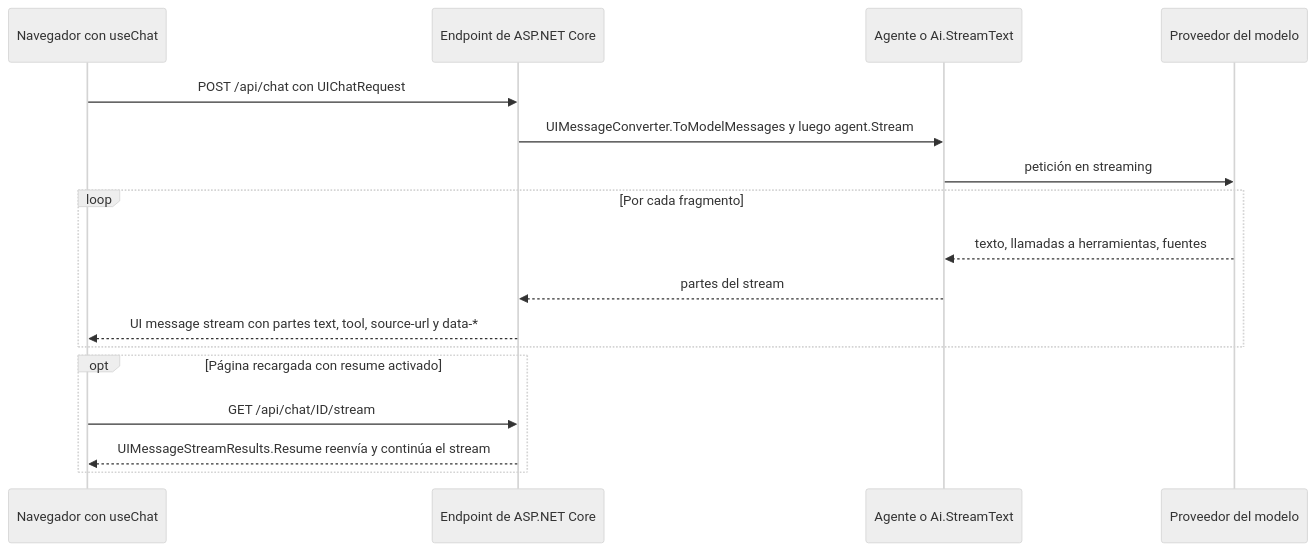
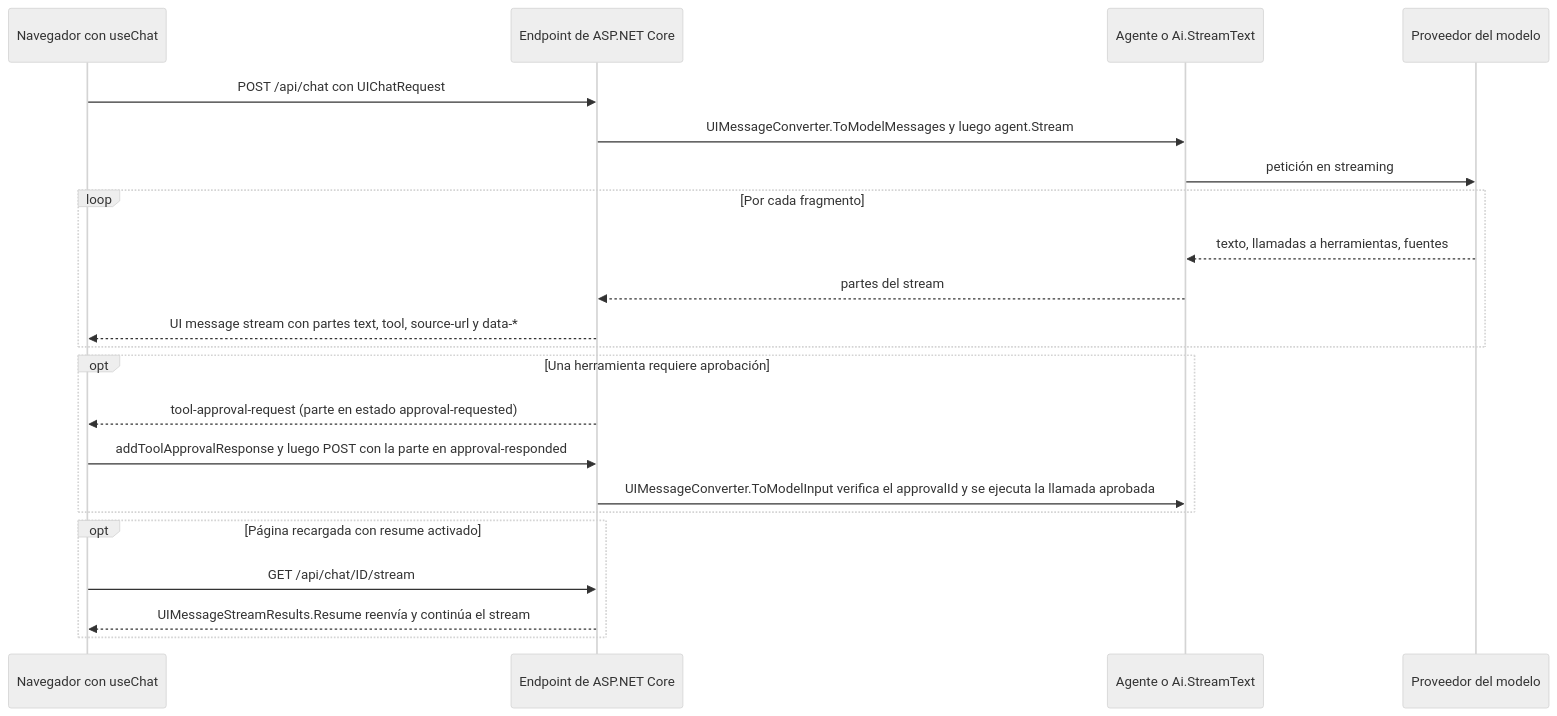
The diagram in docs/wiki/es-ASP.NET-Core-y-useChat.md (bluesmilecl/AiSdk.Net), drawn with Mermaid (neutral theme) before and after one commit. The commit also changed other lines of this file and 6 other files, not shown here.

First line of the commit message:
Docs: aprobación de herramientas con useChat (inglés y español) y CHANGELOG

````diff
--- a/docs/wiki/es-ASP.NET-Core-y-useChat.md
+++ b/docs/wiki/es-ASP.NET-Core-y-useChat.md
@@ -5,19 +5,24 @@
 ```mermaid
 sequenceDiagram
     participant UI as Navegador con useChat
     participant API as Endpoint de ASP.NET Core
     participant Agent as Agente o Ai.StreamText
     participant LLM as Proveedor del modelo
     UI->>API: POST /api/chat con UIChatRequest
     API->>Agent: UIMessageConverter.ToModelMessages y luego agent.Stream
     Agent->>LLM: petición en streaming
     loop Por cada fragmento
         LLM-->>Agent: texto, llamadas a herramientas, fuentes
         Agent-->>API: partes del stream
         API-->>UI: UI message stream con partes text, tool, source-url y data-*
     end
+    opt Una herramienta requiere aprobación
+        API-->>UI: tool-approval-request (parte en estado approval-requested)
+        UI->>API: addToolApprovalResponse y luego POST con la parte en approval-responded
+        API->>Agent: UIMessageConverter.ToModelInput verifica el approvalId y se ejecuta la llamada aprobada
+    end
     opt Página recargada con resume activado
         UI->>API: GET /api/chat/ID/stream
         API-->>UI: UIMessageStreamResults.Resume reenvía y continúa el stream
     end
 ```
````
